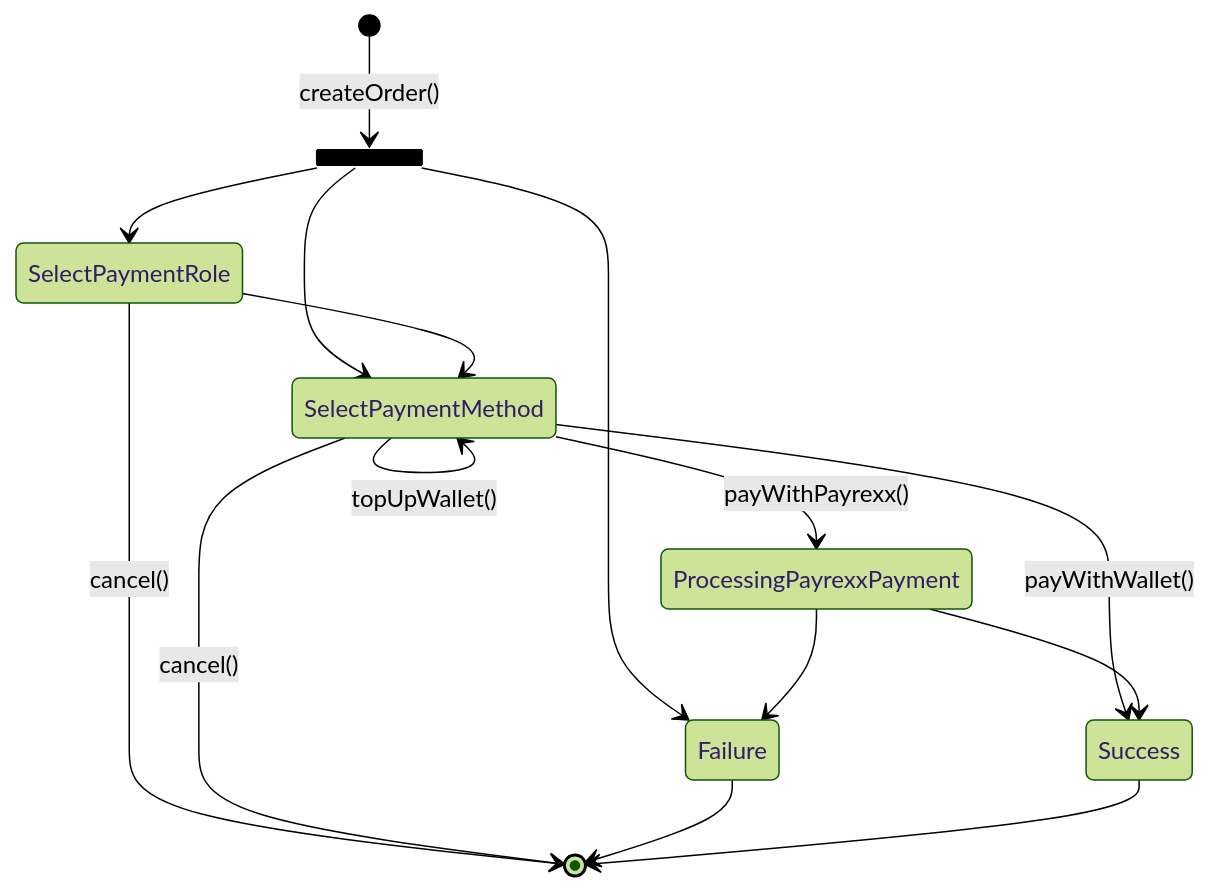
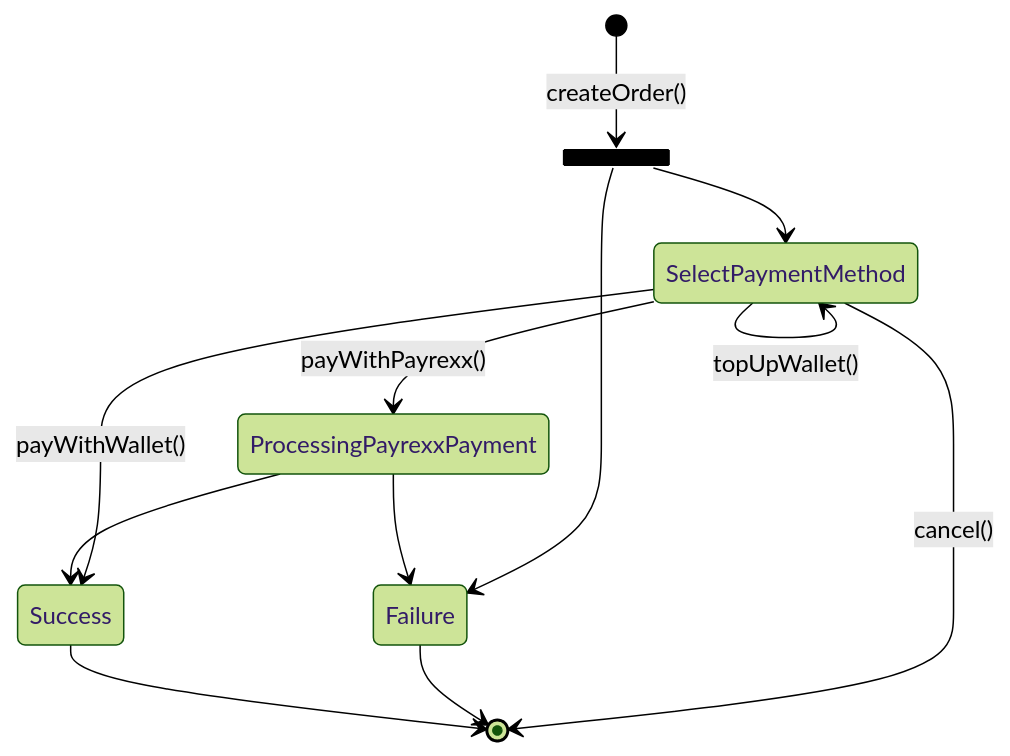
The diagram in doc/statechart-payment.md (quartier-depot/self-checkout), drawn with Mermaid (forest theme) before and after one commit. The commit also changed 6 other files, not shown here.

````diff
--- a/doc/statechart-payment.md
+++ b/doc/statechart-payment.md
@@ -1,25 +1,21 @@
 ```mermaid
 
 stateDiagram
     state CreatingOrder <<fork>>
     
     [*] --> CreatingOrder: createOrder()
     
-    CreatingOrder --> SelectPaymentRole
     CreatingOrder --> SelectPaymentMethod
     CreatingOrder --> Failure
-    
-    SelectPaymentRole --> [*]: cancel()
-    SelectPaymentRole --> SelectPaymentMethod
     
     SelectPaymentMethod --> SelectPaymentMethod: topUpWallet()
     SelectPaymentMethod --> Success: payWithWallet()
     SelectPaymentMethod --> ProcessingPayrexxPayment: payWithPayrexx()
     SelectPaymentMethod --> [*]: cancel()
 
     ProcessingPayrexxPayment --> Success
     ProcessingPayrexxPayment --> Failure
     
     Failure --> [*]
     Success --> [*]
 ```
````
